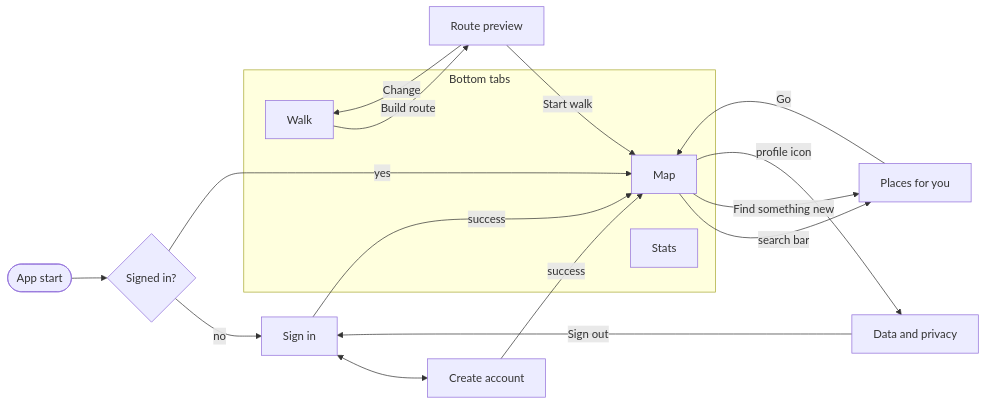
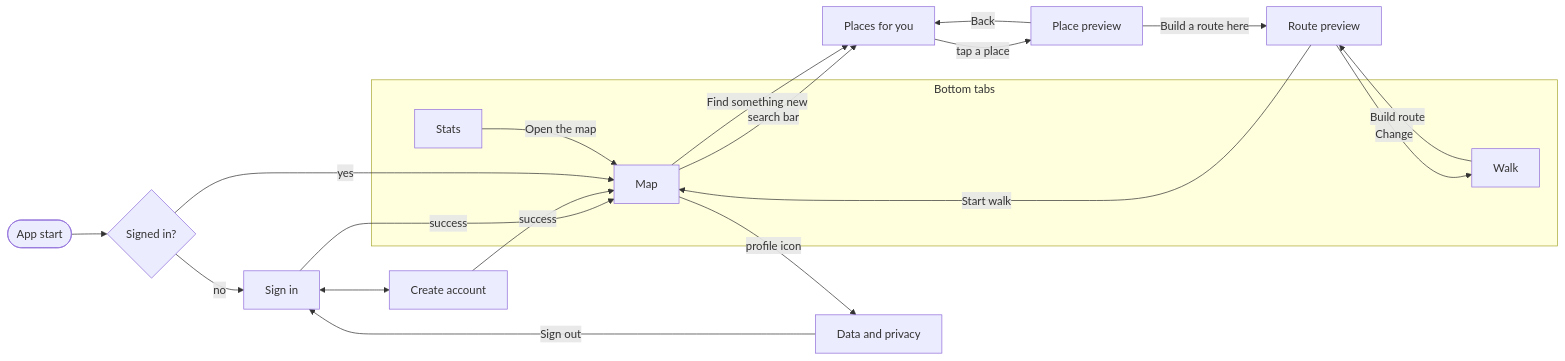
One commit to tuiiis/unwalked-android changed the diagram in docs/user-flows.md. Above: the diagram before and after it, drawn with Mermaid. The commit also changed other lines of this file and 3 other files, not shown here.

Commit message:
Update docs for place preview, stats and walked streets

````diff
--- a/docs/user-flows.md
+++ b/docs/user-flows.md
@@ -5,24 +5,27 @@
 ```mermaid
 flowchart LR
     start([App start]) --> session{Signed in?}
     session -- no --> signin[Sign in]
     signin <--> register[Create account]
     signin -- success --> map
     register -- success --> map
     session -- yes --> map
 
     subgraph tabs[Bottom tabs]
         map[Map]
         stats[Stats]
         walk[Walk]
     end
 
     map -- "search bar" --> discover[Places for you]
     map -- "Find something new" --> discover
     map -- "profile icon" --> privacy[Data and privacy]
-    discover -- "Go" --> map
+    discover -- "tap a place" --> place[Place preview]
+    place -- "Back" --> discover
+    place -- "Build a route here" --> preview
     walk -- "Build route" --> preview[Route preview]
     preview -- "Change" --> walk
+    stats -- "Open the map" --> map
     preview -- "Start walk" --> map
     privacy -- "Sign out" --> signin
 ```
````
